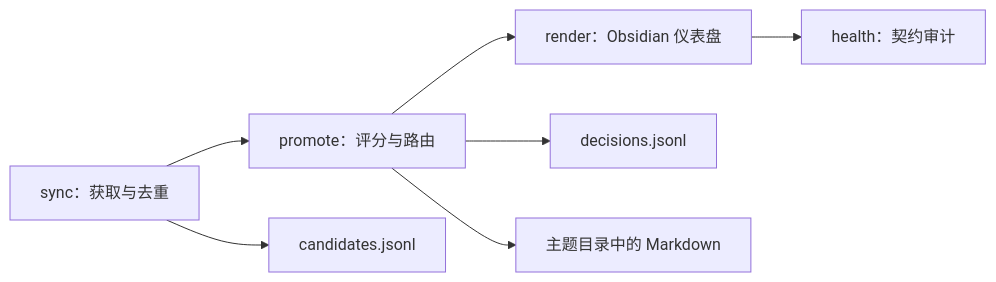
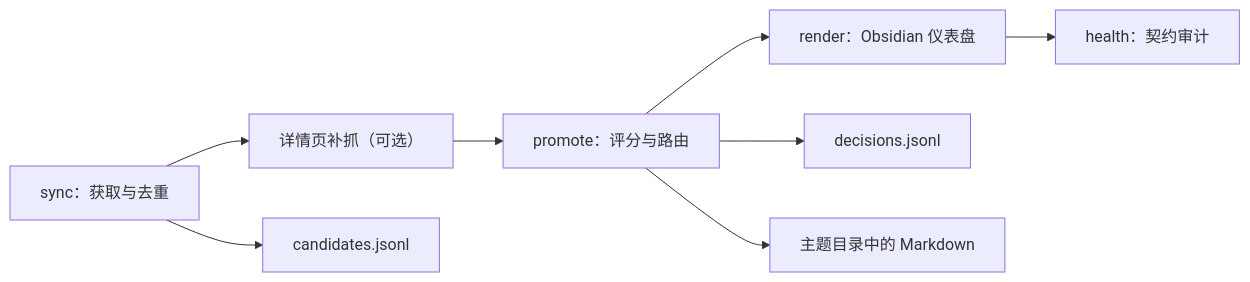
One commit to jwzdata/knowledgeflow-obsidian changed the diagram in docs/architecture.md. Above: the diagram before and after it, drawn with Mermaid. The commit also changed other lines of this file and 12 other files, not shown here.

````diff
--- a/docs/architecture.md
+++ b/docs/architecture.md
@@ -5,9 +5,10 @@
 ```mermaid
 flowchart LR
-  A["sync：获取与去重"] --> B["promote：评分与路由"]
+  A["sync：获取与去重"] --> A2["详情页补抓（可选）"]
+  A2 --> B["promote：评分与路由"]
   B --> C["render：Obsidian 仪表盘"]
   C --> D["health：契约审计"]
   A --> E["candidates.jsonl"]
   B --> F["decisions.jsonl"]
   B --> G["主题目录中的 Markdown"]
 ```
````
